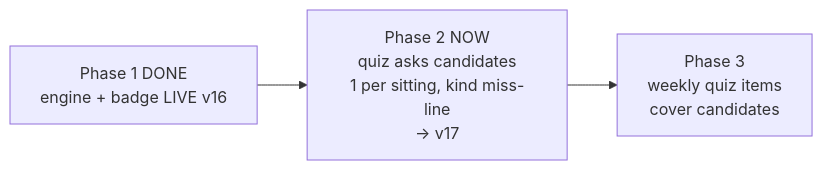
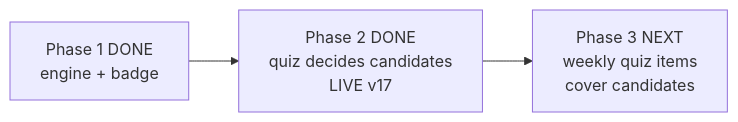
Before and after one commit to dkreinov/magic-clinic-english: the diagram in .oplan/word-g1/STATUS.md, drawn with Mermaid. The commit also changed other lines of this file and 5 other files, not shown here.

Commit message:
oplan: word-g1 PHASE 2 CLOSED — all 12 criteria OK, v17 live, data proven intact; field guide re-cut 14->12; phase-3 handoff written

````diff
--- a/.oplan/word-g1/STATUS.md
+++ b/.oplan/word-g1/STATUS.md
@@ -14,5 +15,5 @@
 ```mermaid
 flowchart LR
-    A[Phase 1 DONE<br/>engine + badge LIVE v16] --> B[Phase 2 NOW<br/>quiz asks candidates<br/>1 per sitting, kind miss-line<br/>-> v17]
-    B --> C[Phase 3<br/>weekly quiz items<br/>cover candidates]
+    A[Phase 1 DONE<br/>engine + badge] --> B[Phase 2 DONE<br/>quiz decides candidates<br/>LIVE v17]
+    B --> C[Phase 3 NEXT<br/>weekly quiz items<br/>cover candidates]
 ```
````
